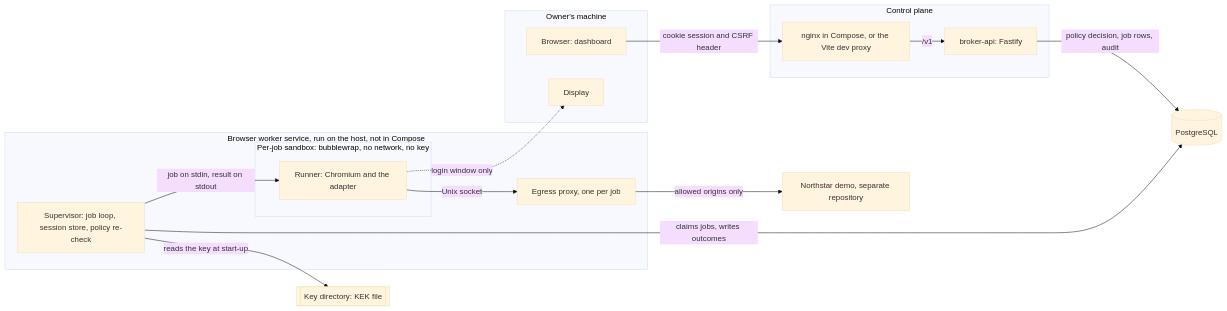
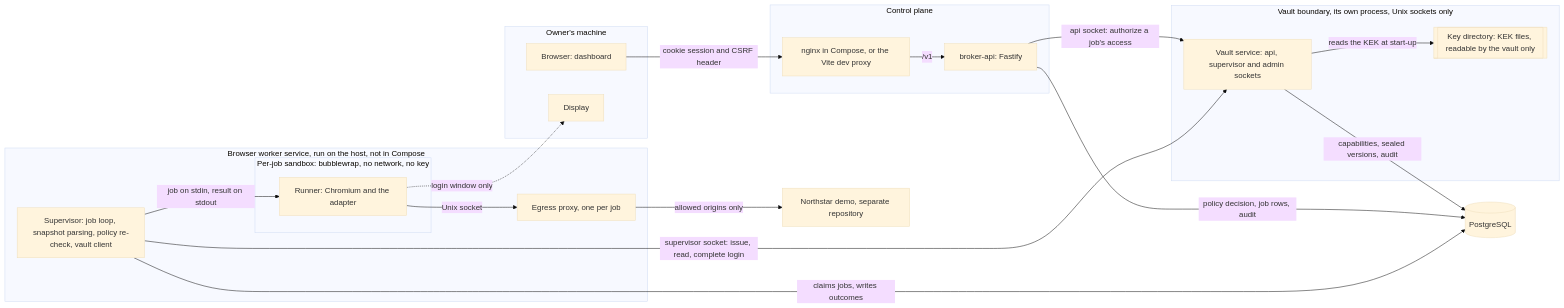
The first of 8 diagrams in docs/architecture.md (silentonroot/Relay), drawn with Mermaid (base theme) before and after one commit. The commit also changed other lines of this file and 22 other files, not shown here.

````diff
--- a/docs/architecture.md
+++ b/docs/architecture.md
@@ -37,30 +40,36 @@
 ```mermaid
 flowchart LR
   subgraph Owner["Owner's machine"]
     BR["Browser: dashboard"]
     DSP["Display"]
   end
   subgraph CPl["Control plane"]
     NG["nginx in Compose, or the Vite dev proxy"]
     API["broker-api: Fastify"]
   end
   PG[("PostgreSQL")]
-  K[["Key directory: KEK file"]]
+  subgraph VB["Vault boundary, its own process, Unix sockets only"]
+    V["Vault service: api, supervisor and admin sockets"]
+    K[["Key directory: KEK files, readable by the vault only"]]
+  end
   subgraph WK["Browser worker service, run on the host, not in Compose"]
-    SUP["Supervisor: job loop, session store, policy re-check"]
+    SUP["Supervisor: job loop, snapshot parsing, policy re-check, vault client"]
     PX["Egress proxy, one per job"]
     subgraph SBX["Per-job sandbox: bubblewrap, no network, no key"]
       RUN["Runner: Chromium and the adapter"]
     end
   end
   APP["Northstar demo, separate repository"]
   BR -->|"cookie session and CSRF header"| NG
   NG -->|"/v1"| API
   API -->|"policy decision, job rows, audit"| PG
   SUP -->|"claims jobs, writes outcomes"| PG
-  SUP -->|"reads the key at start-up"| K
+  API -->|"api socket: authorize a job's access"| V
+  SUP -->|"supervisor socket: issue, read, complete login"| V
+  V -->|"reads the KEK at start-up"| K
+  V -->|"capabilities, sealed versions, audit"| PG
   SUP -->|"job on stdin, result on stdout"| RUN
   RUN -->|"Unix socket"| PX
   PX -->|"allowed origins only"| APP
   RUN -.->|"login window only"| DSP
 ```
````
